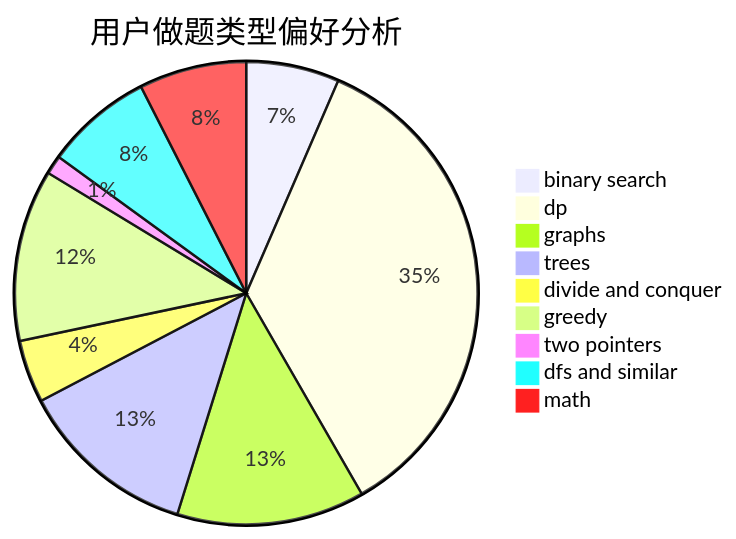
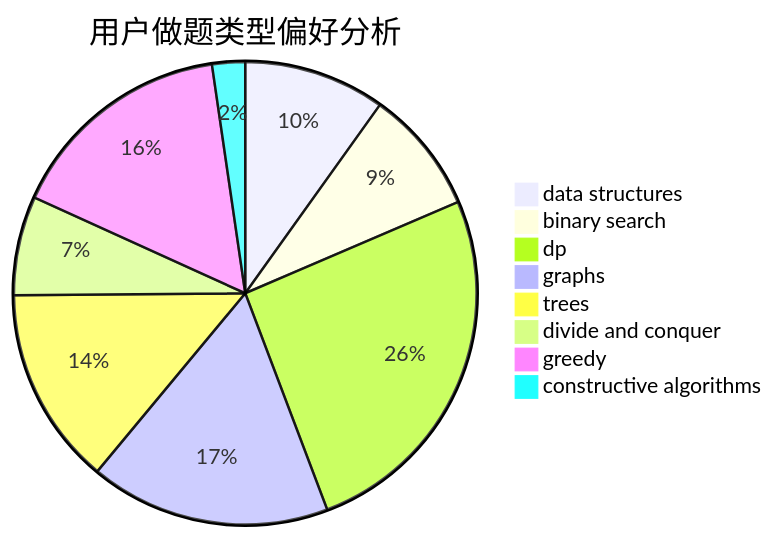
The second of 3 diagrams in docs/user/u518.md (sherpahu/cfrs.github.io), drawn with Mermaid before and after one commit. The commit also changed other lines of this file and 2775 other files, not shown here.

````diff
--- a/docs/user/u518.md
+++ b/docs/user/u518.md
@@ -23,12 +23,11 @@
 ```mermaid
 pie title 用户做题类型偏好分析
-    "binary search" :  104
-    "dp" :  563
-    "graphs" :  210
-    "trees" :  200
-    "divide and conquer" :  70
-    "greedy" :  192
-    "two pointers" :  21
-    "dfs and similar" :  120
-    "math" :  120
+    "data structures" :  90
+    "binary search" :  79
+    "dp" :  234
+    "graphs" :  153
+    "trees" :  126
+    "divide and conquer" :  63
+    "greedy" :  145
+    "constructive algorithms" :  21
 ```
````
